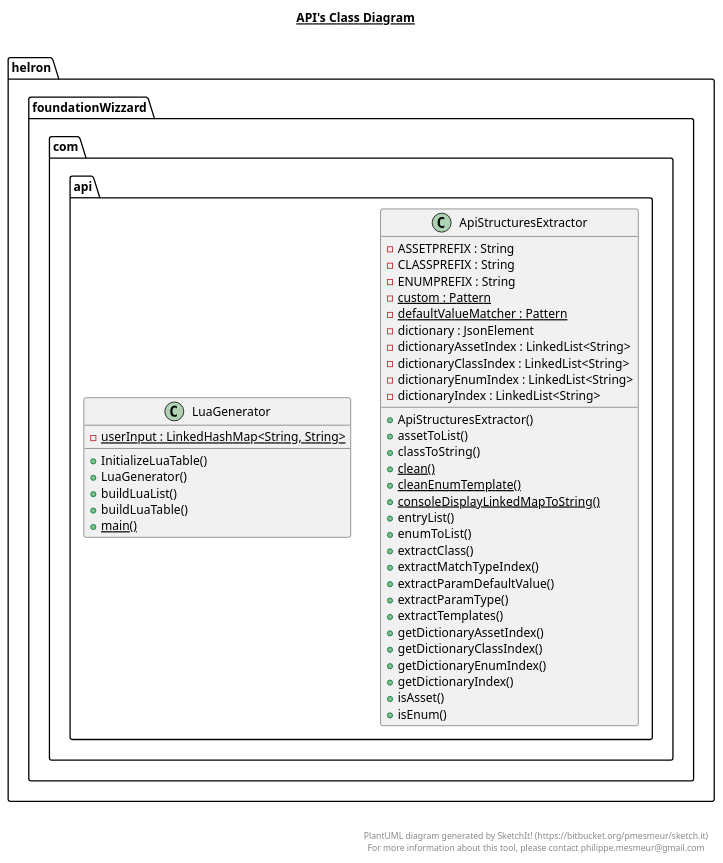
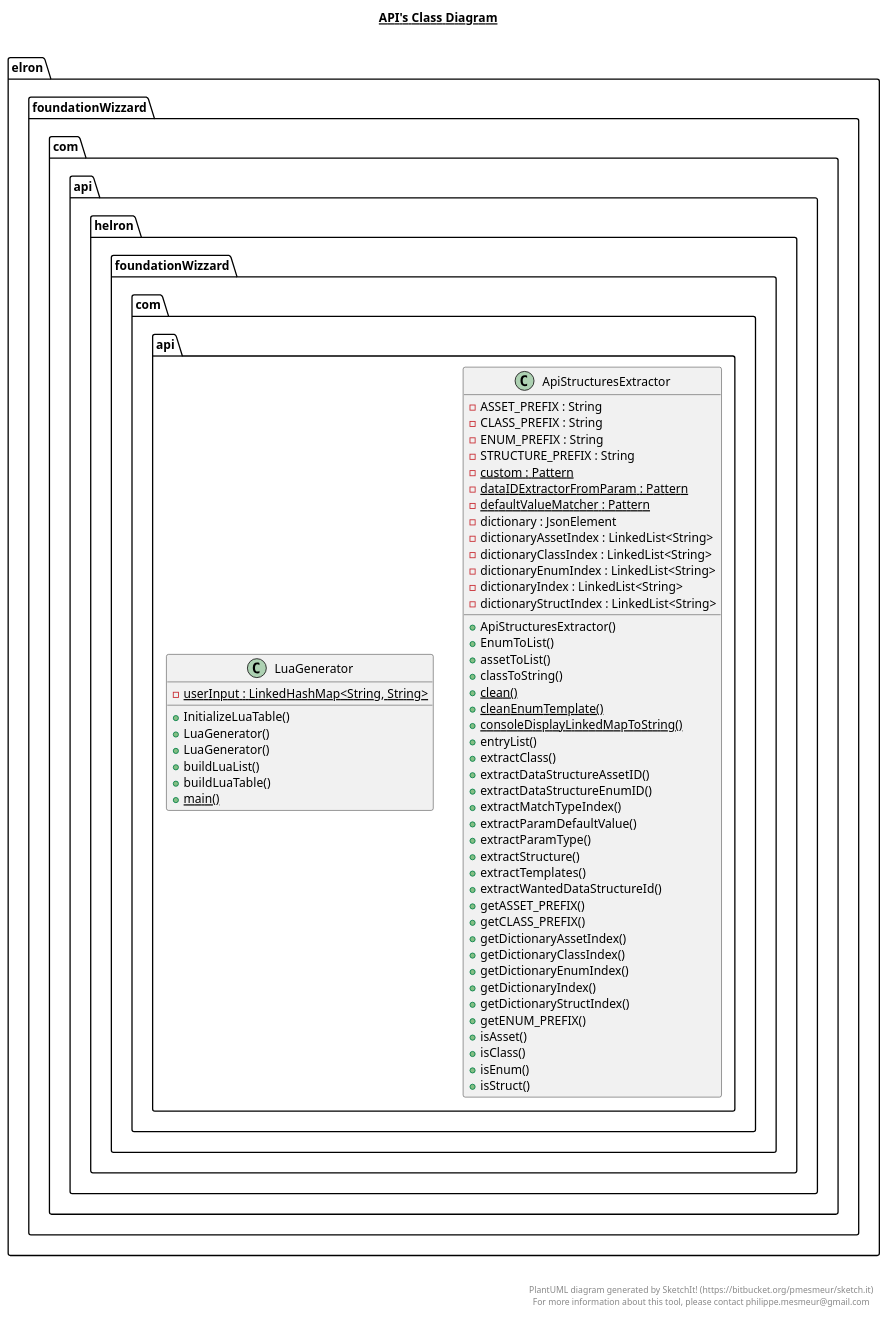
Before and after one commit to Helron1977/PolymorphFoudationModEditor: the diagram in src/main/java/helron/foundationWizzard/com/api/api.plantuml, drawn with PlantUML. The commit also changed 62 other files, not shown here.

```diff
--- a/src/main/java/helron/foundationWizzard/com/api/api.plantuml
+++ b/src/main/java/helron/foundationWizzard/com/api/api.plantuml
@@ -1,65 +1,82 @@
 @startuml
 
 title __API's Class Diagram__\n
 
-  namespace helron.foundationWizzard.com {
-    namespace api {
-      class helron.foundationWizzard.com.api.ApiStructuresExtractor {
-          - ASSETPREFIX : String
-          - CLASSPREFIX : String
-          - ENUMPREFIX : String
-          {static} - custom : Pattern
-          {static} - defaultValueMatcher : Pattern
-          - dictionary : JsonElement
-          - dictionaryAssetIndex : LinkedList<String>
-          - dictionaryClassIndex : LinkedList<String>
-          - dictionaryEnumIndex : LinkedList<String>
-          - dictionaryIndex : LinkedList<String>
-          + ApiStructuresExtractor()
-          + assetToList()
-          + classToString()
-          {static} + clean()
-          {static} + cleanEnumTemplate()
-          {static} + consoleDisplayLinkedMapToString()
-          + entryList()
-          + enumToList()
-          + extractClass()
-          + extractMatchTypeIndex()
-          + extractParamDefaultValue()
-          + extractParamType()
-          + extractTemplates()
-          + getDictionaryAssetIndex()
-          + getDictionaryClassIndex()
-          + getDictionaryEnumIndex()
-          + getDictionaryIndex()
-          + isAsset()
-          + isEnum()
+    namespace elron.foundationWizzard.com {
+      namespace api {
+        class helron.foundationWizzard.com.api.ApiStructuresExtractor {
+            - ASSET_PREFIX : String
+            - CLASS_PREFIX : String
+            - ENUM_PREFIX : String
+            - STRUCTURE_PREFIX : String
+            {static} - custom : Pattern
+            {static} - dataIDExtractorFromParam : Pattern
+            {static} - defaultValueMatcher : Pattern
+            - dictionary : JsonElement
+            - dictionaryAssetIndex : LinkedList<String>
+            - dictionaryClassIndex : LinkedList<String>
+            - dictionaryEnumIndex : LinkedList<String>
+            - dictionaryIndex : LinkedList<String>
+            - dictionaryStructIndex : LinkedList<String>
+            + ApiStructuresExtractor()
+            + EnumToList()
+            + assetToList()
+            + classToString()
+            {static} + clean()
+            {static} + cleanEnumTemplate()
+            {static} + consoleDisplayLinkedMapToString()
+            + entryList()
+            + extractClass()
+            + extractDataStructureAssetID()
+            + extractDataStructureEnumID()
+            + extractMatchTypeIndex()
+            + extractParamDefaultValue()
+            + extractParamType()
+            + extractStructure()
+            + extractTemplates()
+            + extractWantedDataStructureId()
+            + getASSET_PREFIX()
+            + getCLASS_PREFIX()
+            + getDictionaryAssetIndex()
+            + getDictionaryClassIndex()
+            + getDictionaryEnumIndex()
+            + getDictionaryIndex()
+            + getDictionaryStructIndex()
+            + getENUM_PREFIX()
+            + isAsset()
+            + isClass()
+            + isEnum()
+            + isStruct()
+        }
       }
     }
-  }
+
   
 
-  namespace helron.foundationWizzard.com {
-    namespace api {
-      class helron.foundationWizzard.com.api.LuaGenerator {
-          {static} - userInput : LinkedHashMap<String, String>
-          + InitializeLuaTable()
-          + LuaGenerator()
-          + buildLuaList()
-          + buildLuaTable()
-          {static} + main()
+
+    namespace elron.foundationWizzard.com {
+      namespace api {
+        class helron.foundationWizzard.com.api.LuaGenerator {
+            {static} - userInput : LinkedHashMap<String, String>
+            + InitializeLuaTable()
+            + LuaGenerator()
+            + LuaGenerator()
+            + buildLuaList()
+            + buildLuaTable()
+            {static} + main()
+        }
       }
     }
-  }
+
   
 
 
 
 right footer
 
 
 PlantUML diagram generated by SketchIt! (https://bitbucket.org/pmesmeur/sketch.it)
 For more information about this tool, please contact philippe.mesmeur@gmail.com
 endfooter
 
 @enduml
```
